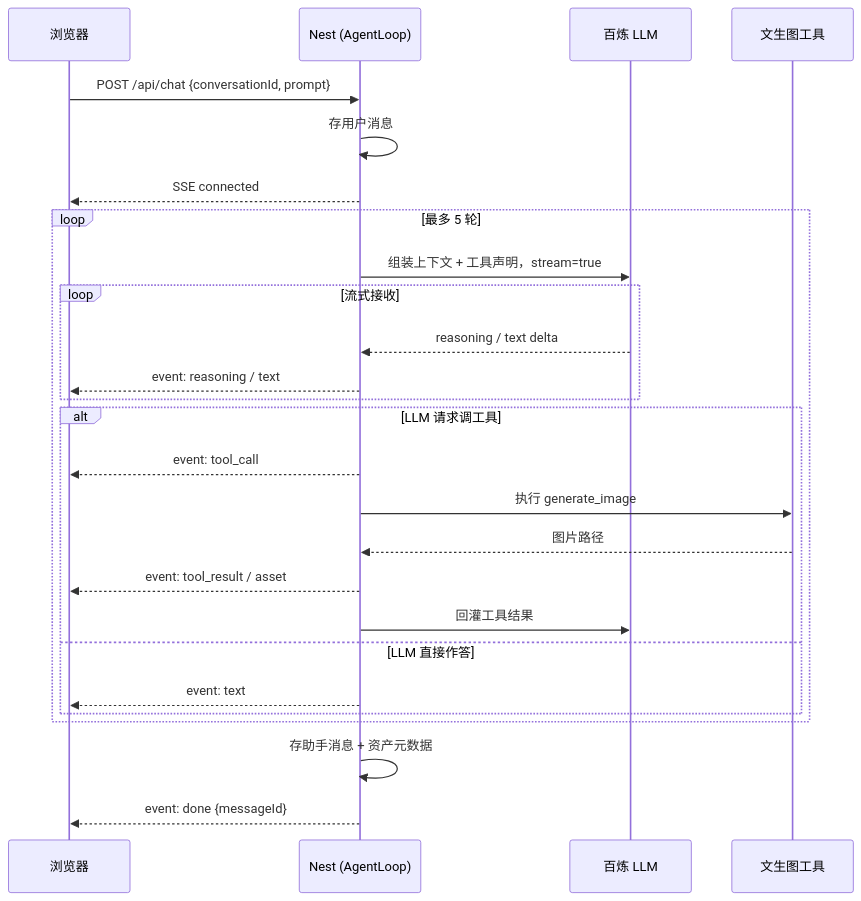
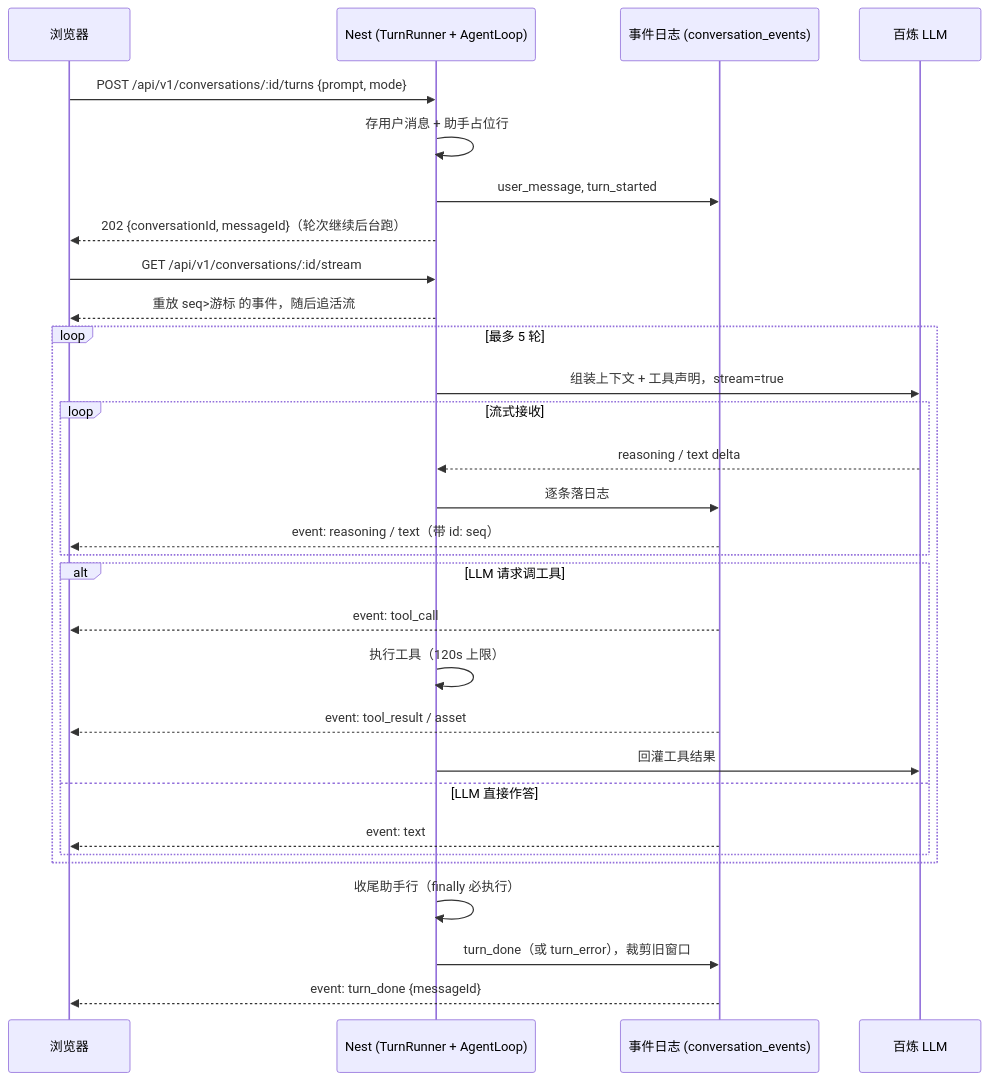
Before and after one commit to keepsilentw/kestrel-studio: the second of 3 diagrams in docs/architecture.md, drawn with Mermaid. The commit also changed other lines of this file and 64 other files, not shown here.

Commit message:
feat(chat): /api/v1 with detached turn submit and a resumable conversation event stream

````diff
--- a/docs/architecture.md
+++ b/docs/architecture.md
@@ -140,29 +177,33 @@
 ```mermaid
 sequenceDiagram
   participant U as 浏览器
-  participant N as Nest (AgentLoop)
+  participant N as Nest (TurnRunner + AgentLoop)
+  participant J as 事件日志 (conversation_events)
   participant L as 百炼 LLM
-  participant T as 文生图工具
 
-  U->>N: POST /api/chat {conversationId, prompt}
-  N->>N: 存用户消息
-  N-->>U: SSE connected
+  U->>N: POST /api/v1/conversations/:id/turns {prompt, mode}
+  N->>N: 存用户消息 + 助手占位行
+  N->>J: user_message, turn_started
+  N-->>U: 202 {conversationId, messageId}（轮次继续后台跑）
+  U->>N: GET /api/v1/conversations/:id/stream
+  N-->>U: 重放 seq>游标 的事件，随后追活流
   loop 最多 5 轮
     N->>L: 组装上下文 + 工具声明，stream=true
     loop 流式接收
       L-->>N: reasoning / text delta
-      N-->>U: event: reasoning / text
+      N->>J: 逐条落日志
+      J-->>U: event: reasoning / text（带 id: seq）
     end
     alt LLM 请求调工具
-      N-->>U: event: tool_call
-      N->>T: 执行 generate_image
-      T-->>N: 图片路径
-      N-->>U: event: tool_result / asset
+      J-->>U: event: tool_call
+      N->>N: 执行工具（120s 上限）
+      J-->>U: event: tool_result / asset
       N->>L: 回灌工具结果
     else LLM 直接作答
-      N-->>U: event: text
+      J-->>U: event: text
     end
   end
-  N->>N: 存助手消息 + 资产元数据
-  N-->>U: event: done {messageId}
+  N->>N: 收尾助手行（finally 必执行）
+  N->>J: turn_done（或 turn_error），裁剪旧窗口
+  J-->>U: event: turn_done {messageId}
 ```
````
